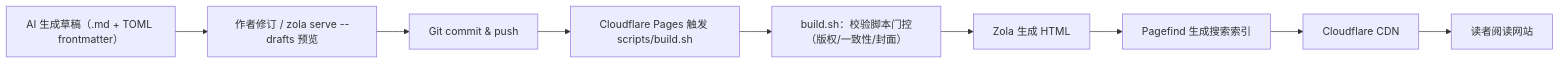
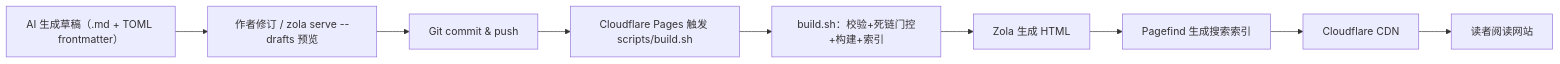
Before and after one commit to A1pha3/mixtxt: the diagram in docs/product/04-Zola方案详细设计.md, drawn with Mermaid. The commit also changed other lines of this file, not shown here.

````diff
--- a/docs/product/04-Zola方案详细设计.md
+++ b/docs/product/04-Zola方案详细设计.md
@@ -65,11 +69,11 @@
 ```mermaid
 flowchart LR
     A["AI 生成草稿（.md + TOML frontmatter）"] --> B["作者修订 / zola serve --drafts 预览"]
     B --> C["Git commit & push"]
     C --> D["Cloudflare Pages 触发 scripts/build.sh"]
-    D --> E["build.sh：校验脚本门控（版权/一致性/封面）"]
+    D --> E["build.sh：校验+死链门控+构建+索引"]
     E --> F["Zola 生成 HTML"]
     F --> F2["Pagefind 生成搜索索引"]
     F2 --> G["Cloudflare CDN"]
     G --> H["读者阅读网站"]
 ```
````
